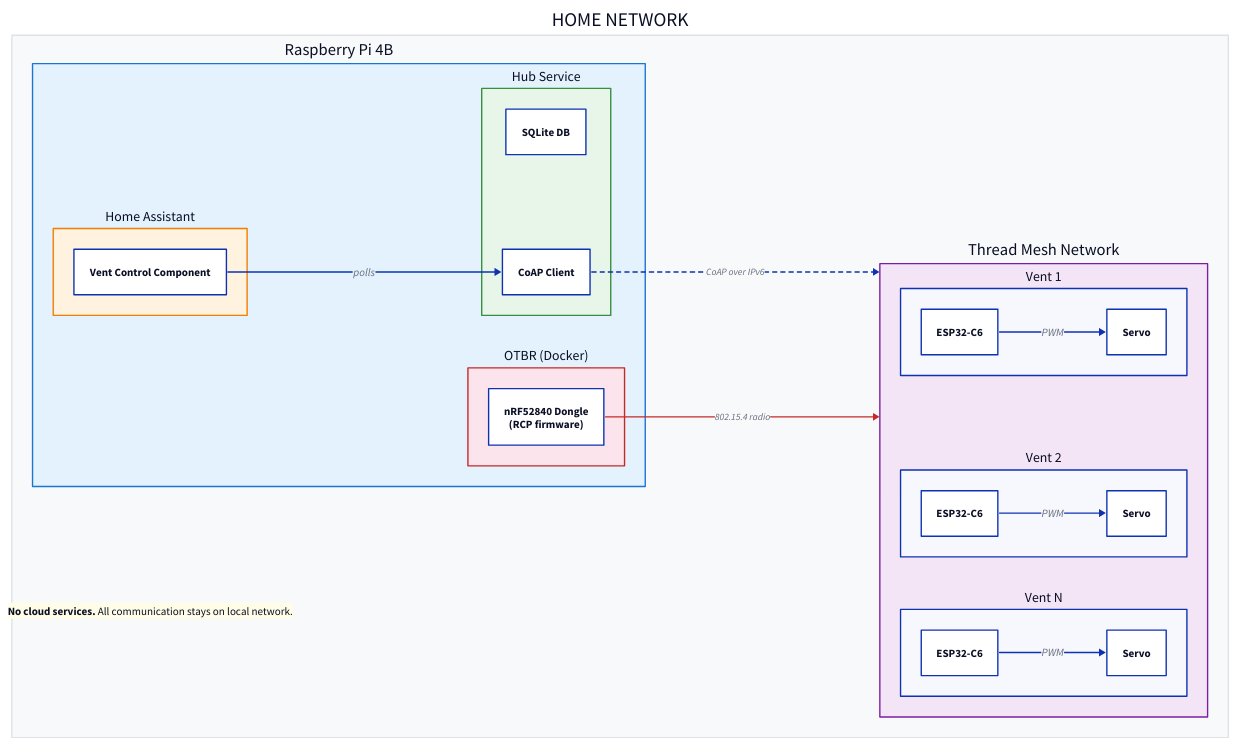
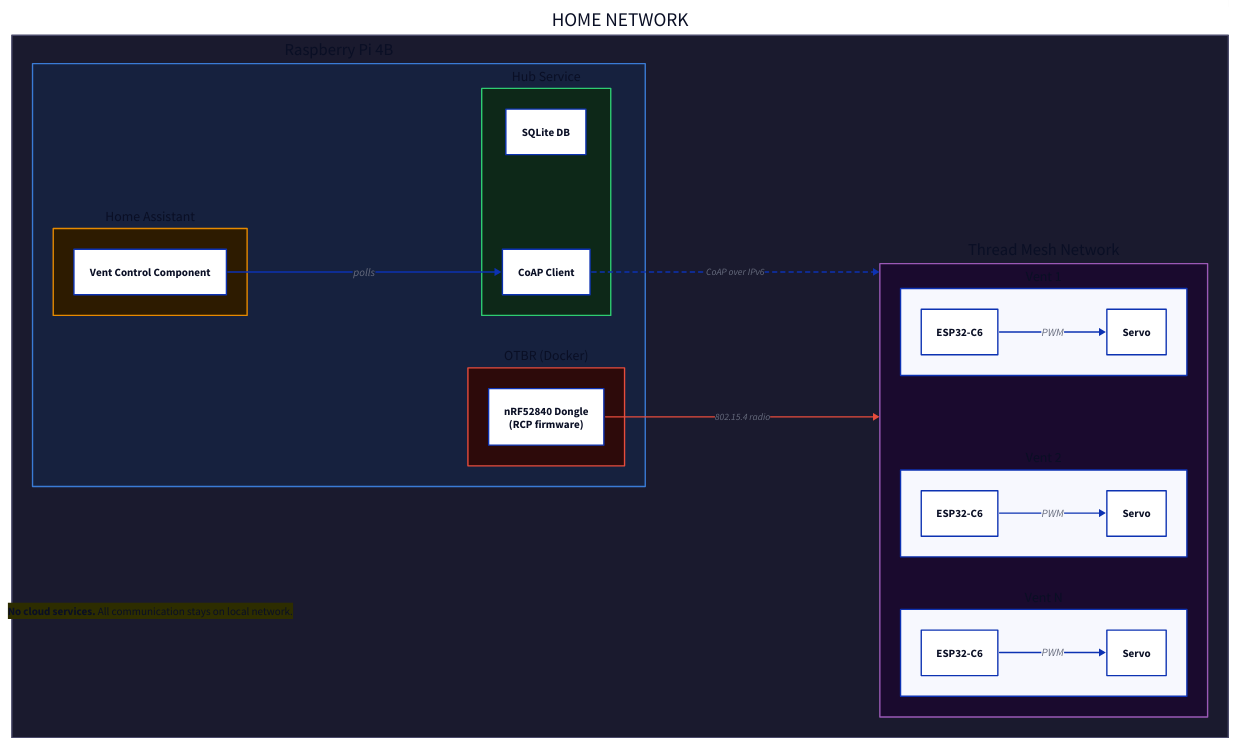
Before and after one commit to EtaCassiopeia/smart-vent: the diagram in docs/diagrams/system-overview.d2, drawn with D2. The commit also changed 17 other files, not shown here.

First line of the commit message:
Switch D2 diagrams to dark color palette

```diff
--- a/docs/diagrams/system-overview.d2
+++ b/docs/diagrams/system-overview.d2
@@ -1,72 +1,72 @@
 direction: right
 
 home_network: HOME NETWORK {
-  style.fill: "#f8f9fa"
-  style.stroke: "#dee2e6"
+  style.fill: "#1a1a2e"
+  style.stroke: "#4a4a6a"
 
   rpi: Raspberry Pi 4B {
-    style.fill: "#e3f2fd"
-    style.stroke: "#1976d2"
+    style.fill: "#16213e"
+    style.stroke: "#3a7bd5"
 
     ha: Home Assistant {
-      style.fill: "#fff3e0"
-      style.stroke: "#f57c00"
+      style.fill: "#2d1b00"
+      style.stroke: "#e68a00"
 
       vc: Vent Control Component
     }
 
     hub: Hub Service {
-      style.fill: "#e8f5e9"
-      style.stroke: "#388e3c"
+      style.fill: "#0d2818"
+      style.stroke: "#2ecc71"
 
       db: SQLite DB
       coap: CoAP Client
     }
 
     otbr: OTBR (Docker) {
-      style.fill: "#fce4ec"
-      style.stroke: "#c62828"
+      style.fill: "#2d0a0a"
+      style.stroke: "#e74c3c"
 
       dongle: nRF52840 Dongle\n(RCP firmware)
     }
 
     ha.vc -> hub.coap: polls
   }
 
   mesh: Thread Mesh Network {
-    style.fill: "#f3e5f5"
-    style.stroke: "#7b1fa2"
+    style.fill: "#1a0a2e"
+    style.stroke: "#9b59b6"
 
     v1: Vent 1 {
       mcu1: ESP32-C6
       s1: Servo
       mcu1 -> s1: PWM
     }
     v2: Vent 2 {
       mcu2: ESP32-C6
       s2: Servo
       mcu2 -> s2: PWM
     }
     vn: Vent N {
       mcun: ESP32-C6
       sn: Servo
       mcun -> sn: PWM
     }
   }
 
   rpi.hub.coap -> mesh: CoAP over IPv6 {
     style.stroke-dash: 3
     style.font-size: 14
   }
   rpi.otbr.dongle -> mesh: 802.15.4 radio {
-    style.stroke: "#c62828"
+    style.stroke: "#e74c3c"
     style.font-size: 14
   }
 }
 
 note: |md
   **No cloud services.** All communication stays on local network.
 | {
-  style.fill: "#fffde7"
-  style.stroke: "#f9a825"
+  style.fill: "#2d2d00"
+  style.stroke: "#f1c40f"
 }
```
